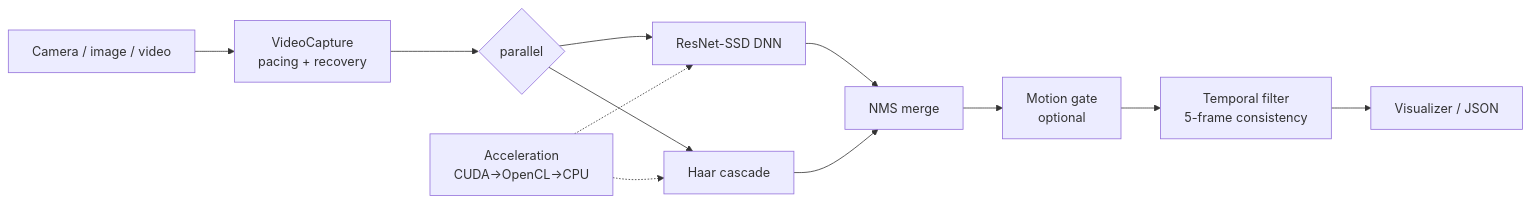
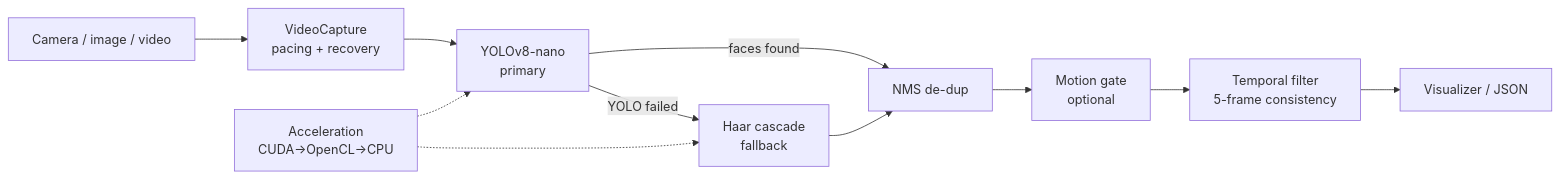
One commit to Romil2112/Face-Tracking-System changed the diagram in README.md. Above: the diagram before and after it, drawn with Mermaid. The commit also changed other lines of this file, not shown here.

First line of the commit message:
Update README: YOLO primary detector, K8s HPA, GCP/Terraform deployment

````diff
--- a/README.md
+++ b/README.md
@@ -182,14 +182,13 @@
 ```mermaid
 flowchart LR
     CAM[Camera / image / video] --> ACQ[VideoCapture<br/>pacing + recovery]
-    ACQ --> PAR{parallel}
-    PAR --> DNN[ResNet-SSD DNN]
-    PAR --> HAAR[Haar cascade]
-    DNN --> NMS[NMS merge]
+    ACQ --> YOLO[YOLOv8-nano<br/>primary]
+    YOLO -->|faces found| NMS[NMS de-dup]
+    YOLO -->|YOLO failed| HAAR[Haar cascade<br/>fallback]
     HAAR --> NMS
     NMS --> MOT[Motion gate<br/>optional]
     MOT --> TMP[Temporal filter<br/>5-frame consistency]
     TMP --> VIS[Visualizer / JSON]
-    ACCEL[Acceleration<br/>CUDA→OpenCL→CPU] -.-> DNN
+    ACCEL[Acceleration<br/>CUDA→OpenCL→CPU] -.-> YOLO
     ACCEL -.-> HAAR
 ```
````
